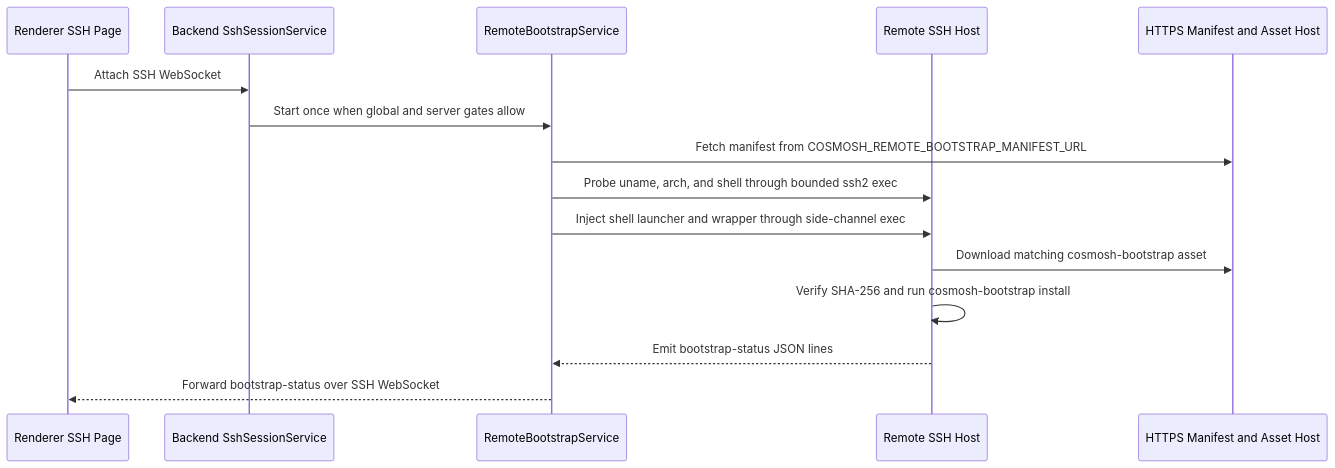
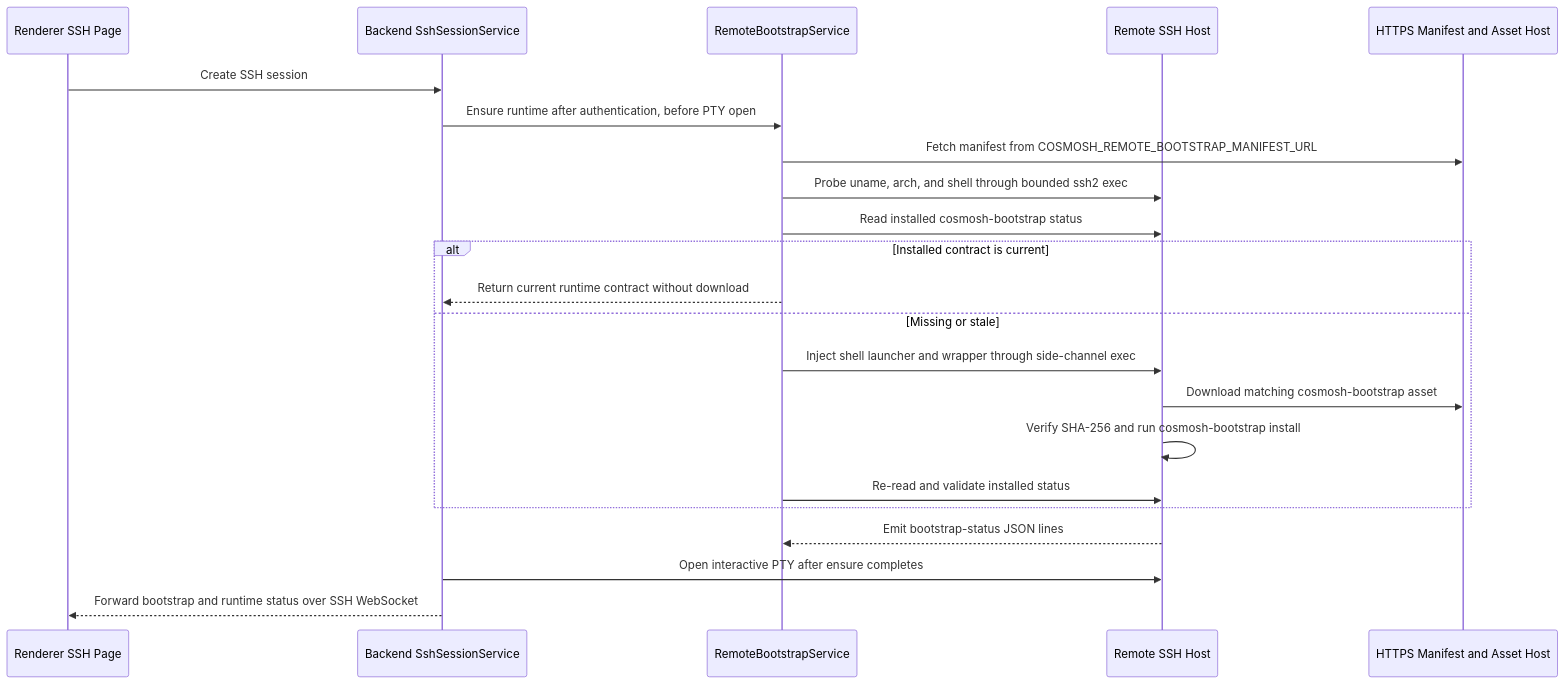
Before and after one commit to XYZ1024-alt/Cosmosh: the diagram in packages/remote-bootstrap/README.md, drawn with Mermaid. The commit also changed other lines of this file and 30 other files, not shown here.

Commit message:
feat: harden remote enhancements runtime contract

````diff
--- a/packages/remote-bootstrap/README.md
+++ b/packages/remote-bootstrap/README.md
@@ -27,18 +28,25 @@
 ```mermaid
 sequenceDiagram
   participant UI as Renderer SSH Page
   participant SSH as Backend SshSessionService
   participant RB as RemoteBootstrapService
   participant REM as Remote SSH Host
   participant CDN as HTTPS Manifest and Asset Host
 
-  UI->>SSH: Attach SSH WebSocket
-  SSH->>RB: Start once when global and server gates allow
+  UI->>SSH: Create SSH session
+  SSH->>RB: Ensure runtime after authentication, before PTY open
   RB->>CDN: Fetch manifest from COSMOSH_REMOTE_BOOTSTRAP_MANIFEST_URL
   RB->>REM: Probe uname, arch, and shell through bounded ssh2 exec
-  RB->>REM: Inject shell launcher and wrapper through side-channel exec
-  REM->>CDN: Download matching cosmosh-bootstrap asset
-  REM->>REM: Verify SHA-256 and run cosmosh-bootstrap install
+  RB->>REM: Read installed cosmosh-bootstrap status
+  alt Installed contract is current
+    RB-->>SSH: Return current runtime contract without download
+  else Missing or stale
+    RB->>REM: Inject shell launcher and wrapper through side-channel exec
+    REM->>CDN: Download matching cosmosh-bootstrap asset
+    REM->>REM: Verify SHA-256 and run cosmosh-bootstrap install
+    RB->>REM: Re-read and validate installed status
+  end
   REM-->>RB: Emit bootstrap-status JSON lines
-  RB-->>UI: Forward bootstrap-status over SSH WebSocket
+  SSH->>REM: Open interactive PTY after ensure completes
+  SSH-->>UI: Forward bootstrap and runtime status over SSH WebSocket
 ```
````
